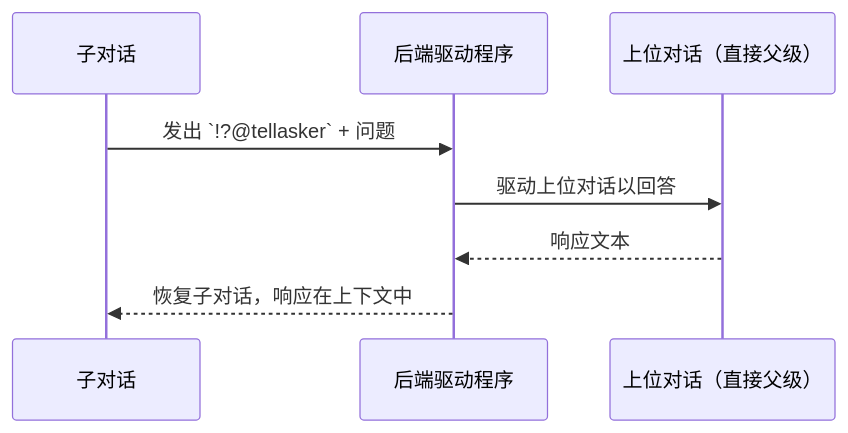
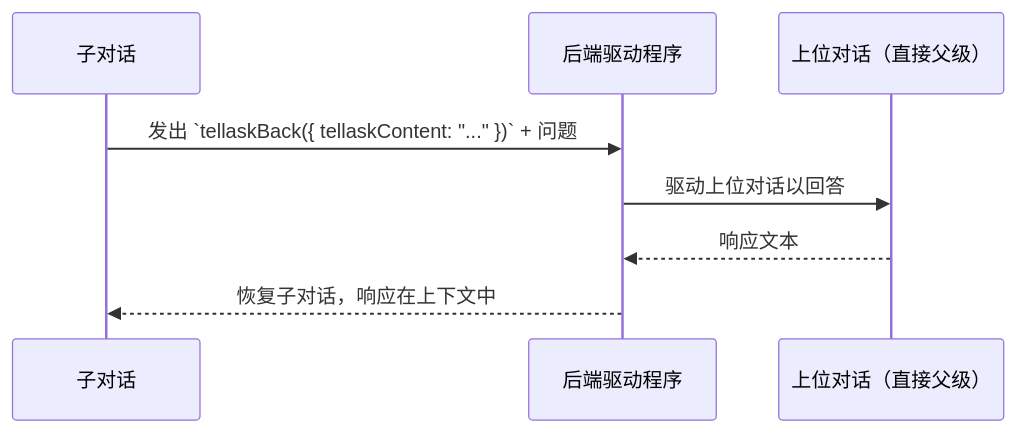
Before and after one commit to longrun-ai/dominds: diagram 11 of 18 in docs/dialog-system.zh.md, drawn with Mermaid. The commit also changed other lines of this file and 21 other files, not shown here.

````diff
--- a/docs/dialog-system.zh.md
+++ b/docs/dialog-system.zh.md
@@ -1080,11 +1080,11 @@
 ```mermaid
 sequenceDiagram
   participant Sub as 子对话
   participant Driver as 后端驱动程序
   participant Sup as 上位对话（直接父级）
 
-  Sub->>Driver: 发出 `!?@tellasker` + 问题
+  Sub->>Driver: 发出 `tellaskBack({ tellaskContent: "..." })` + 问题
   Driver->>Sup: 驱动上位对话以回答
   Sup-->>Driver: 响应文本
   Driver-->>Sub: 恢复子对话，响应在上下文中
 ```
````
